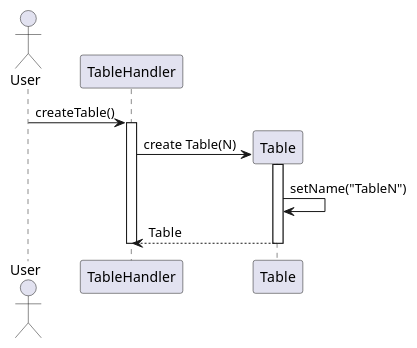
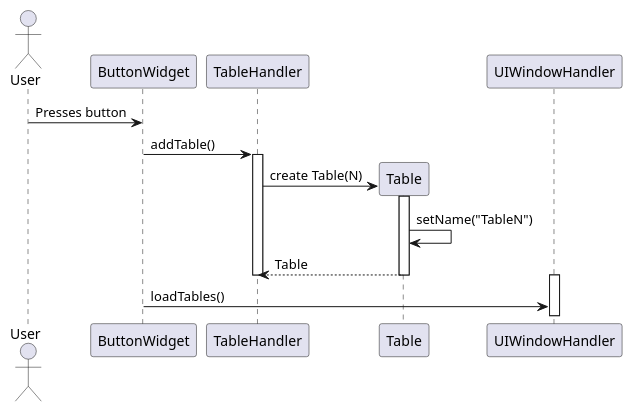
Before and after one commit to Bhamoss/softwareOntwerpProject: the diagram in diagrams/interactionDiagrams/createTable.puml, drawn with PlantUML. The commit also changed 12 other files, not shown here.

Commit message:
diagrams

```diff
--- a/diagrams/interactionDiagrams/createTable.puml
+++ b/diagrams/interactionDiagrams/createTable.puml
@@ -1,14 +1,19 @@
 @startuml
 actor User
 
+User->ButtonWidget: Presses button
 
-User -> TableHandler: createTable()
+ButtonWidget -> TableHandler: addTable()
+
 activate TableHandler
 create Table
 TableHandler -> Table: create Table(N)
 activate Table
 Table -> Table: setName("TableN")
 return Table
 deactivate TableHandler
 
+activate UIWindowHandler
+ButtonWidget -> UIWindowHandler: loadTables()
+
 @enduml
```
